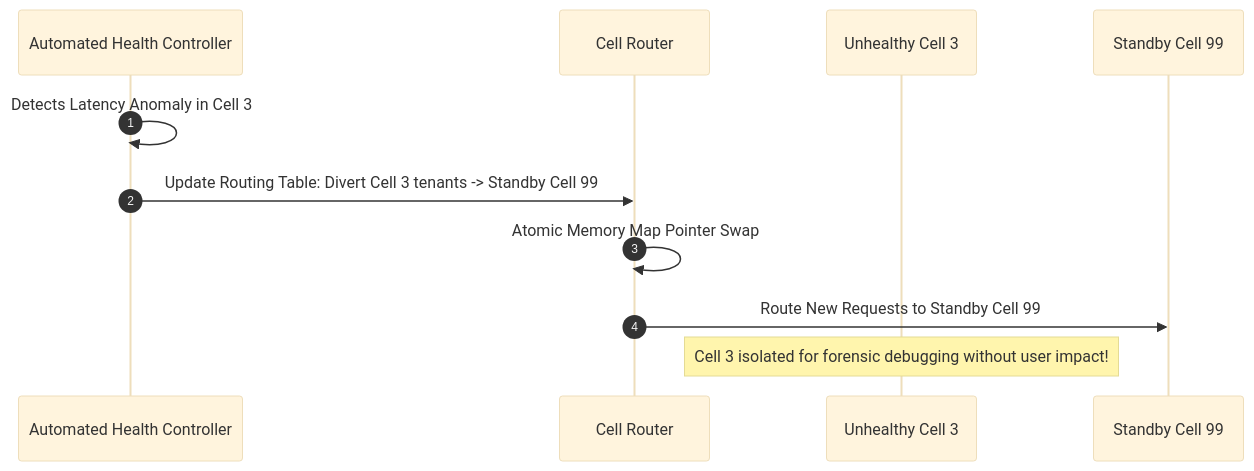
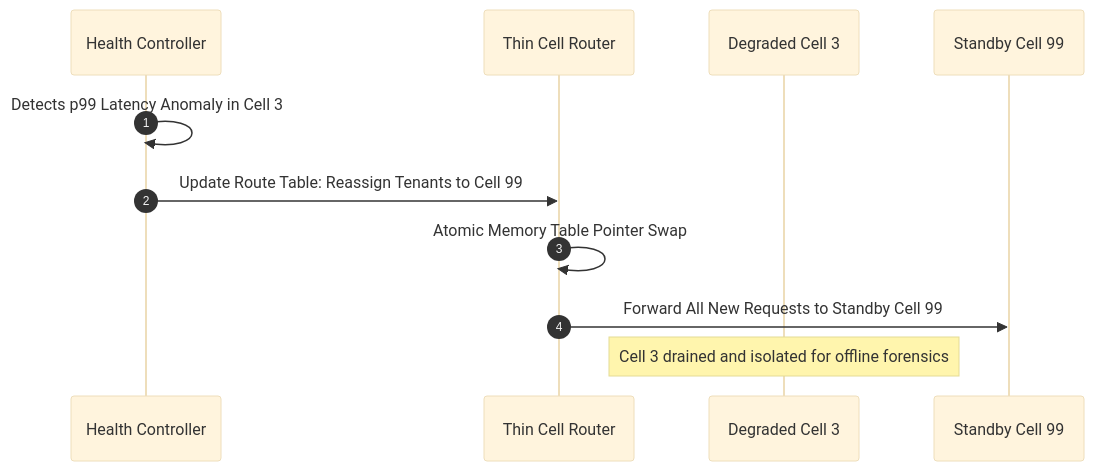
Before and after one commit to akmalkhaniub/akmalkhaniub.github.io: the third of 3 diagrams in blog/posts/cell-based-architecture-aws-stripe-slack-blast-radius-mitigation.md, drawn with Mermaid (base theme). The commit also changed other lines of this file and 4 other files, not shown here.

Commit message:
refactor(blog): elevate narrative for cell-based architecture & distributed lock managers

````diff
--- a/blog/posts/cell-based-architecture-aws-stripe-slack-blast-radius-mitigation.md
+++ b/blog/posts/cell-based-architecture-aws-stripe-slack-blast-radius-mitigation.md
@@ -94,14 +99,14 @@
 ```mermaid
 sequenceDiagram
   autonumber
-  participant Ops as Automated Health Controller
-  participant Router as Cell Router
-  participant Cell3 as Unhealthy Cell 3
-  participant Standby as Standby Cell 99
+  participant Monitor as Health Controller
+  participant Router as Thin Cell Router
+  participant CellOld as Degraded Cell 3
+  participant CellNew as Standby Cell 99
 
-  Ops->>Ops: Detects Latency Anomaly in Cell 3
-  Ops->>Router: Update Routing Table: Divert Cell 3 tenants -> Standby Cell 99
-  Router->>Router: Atomic Memory Map Pointer Swap
-  Router->>Standby: Route New Requests to Standby Cell 99
-  Note over Cell3: Cell 3 isolated for forensic debugging without user impact!
+  Monitor->>Monitor: Detects p99 Latency Anomaly in Cell 3
+  Monitor->>Router: Update Route Table: Reassign Tenants to Cell 99
+  Router->>Router: Atomic Memory Table Pointer Swap
+  Router->>CellNew: Forward All New Requests to Standby Cell 99
+  Note over CellOld: Cell 3 drained and isolated for offline forensics
 ```
````
